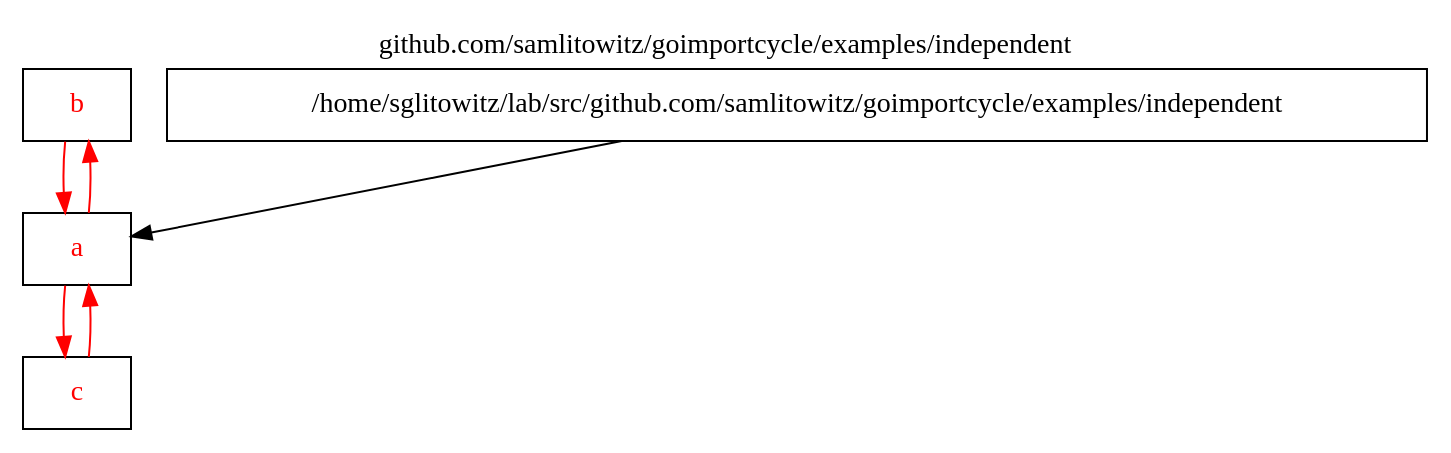
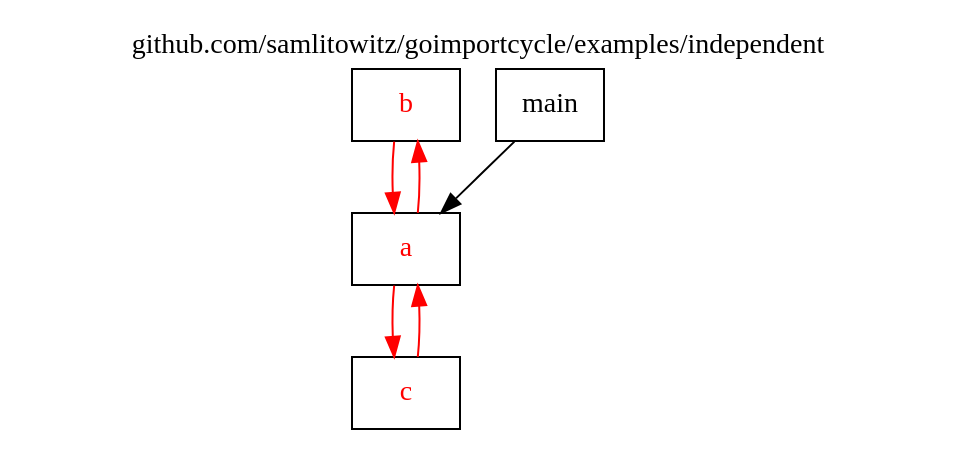
One commit to samlitowitz/goimportcycle changed the diagram in assets/examples/independent/package.dot. Above: the diagram before and after it, drawn with Graphviz. The commit also changed 19 other files, not shown here.

```diff
--- a/assets/examples/independent/package.dot
+++ b/assets/examples/independent/package.dot
@@ -1,17 +1,17 @@
 
 digraph {
 	labelloc="t";
 	label="github.com/samlitowitz/goimportcycle/examples/independent";
 	rankdir="TB";
 	node [shape="rect"];
 
 	pkg_b [label="b", style="filled", fontcolor="#ff0000", fillcolor="#ffffff"];
 	pkg_c [label="c", style="filled", fontcolor="#ff0000", fillcolor="#ffffff"];
-	pkg_main [label="/home/sglitowitz/lab/src/github.com/samlitowitz/goimportcycle/examples/independent", style="filled", fontcolor="#000000", fillcolor="#ffffff"];
+	pkg_main [label="main", style="filled", fontcolor="#000000", fillcolor="#ffffff"];
 	pkg_a [label="a", style="filled", fontcolor="#ff0000", fillcolor="#ffffff"];
 	pkg_b -> pkg_a [color="#ff0000"];
 	pkg_c -> pkg_a [color="#ff0000"];
 	pkg_main -> pkg_a [color="#000000"];
 	pkg_a -> pkg_b [color="#ff0000"];
 	pkg_a -> pkg_c [color="#ff0000"];
 }
```
